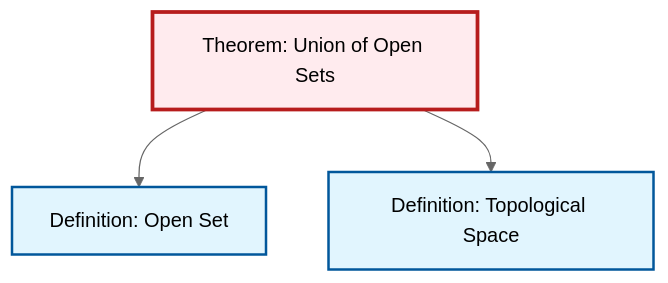
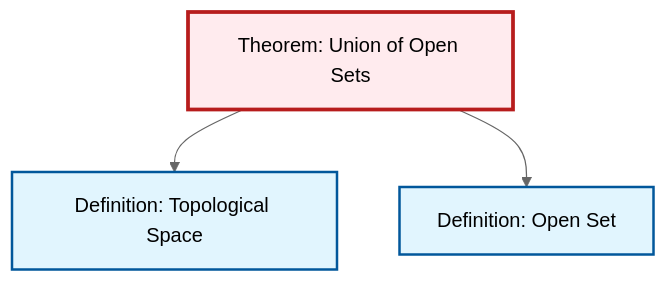
One commit to RK0429/ModernMath changed the diagram in content/ja/topology/thm-union-open-sets.qmd. Above: the diagram before and after it, drawn with Mermaid (neutral theme). The commit also changed other lines of this file and 530 other files, not shown here.

````diff
--- a/content/ja/topology/thm-union-open-sets.qmd
+++ b/content/ja/topology/thm-union-open-sets.qmd
@@ -61,17 +61,17 @@
 ```{mermaid}
 %%| fig-cap: "Local dependency graph"
 graph TD
     classDef definition fill:#e1f5fe,stroke:#01579b,stroke-width:2px
     classDef theorem fill:#f3e5f5,stroke:#4a148c,stroke-width:2px
     classDef axiom fill:#fff3e0,stroke:#e65100,stroke-width:2px
     classDef example fill:#e8f5e9,stroke:#1b5e20,stroke-width:2px
     classDef current fill:#ffebee,stroke:#b71c1c,stroke-width:3px
+    def-topological-space["Definition: Topological Space"]:::definition
     def-open-set["Definition: Open Set"]:::definition
-    def-topological-space["Definition: Topological Space"]:::definition
     thm-union-open-sets["Theorem: Union of Open Sets"]:::theorem
+    thm-union-open-sets --> def-topological-space
     thm-union-open-sets --> def-open-set
-    thm-union-open-sets --> def-topological-space
     class thm-union-open-sets current
+    click def-topological-space "def-topological-space.html" "Definition: Topological Spaceへ"
     click def-open-set "def-open-set.html" "Definition: Open Setへ"
-    click def-topological-space "def-topological-space.html" "Definition: Topological Spaceへ"
 ```
````
